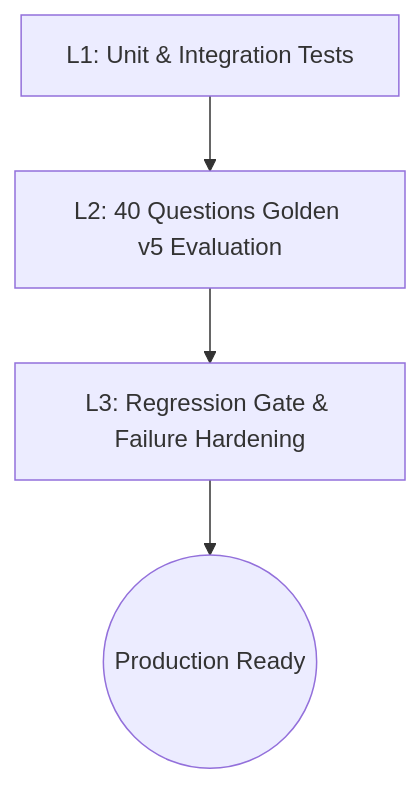
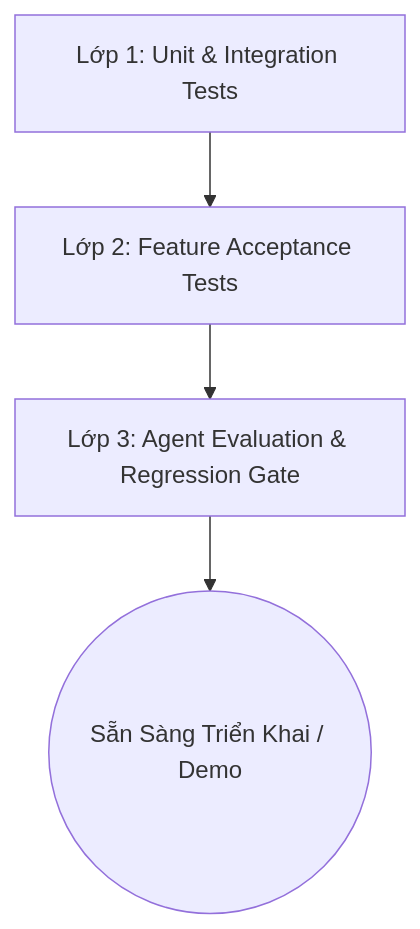
Before and after one commit to Anodis108/Agent_Stock: the diagram in llm-backend-ref-portfolio-watch/specs/test-plan.md, drawn with Mermaid. The commit also changed other lines of this file and 32 other files, not shown here.

````diff
--- a/llm-backend-ref-portfolio-watch/specs/test-plan.md
+++ b/llm-backend-ref-portfolio-watch/specs/test-plan.md
@@ -11,6 +11,6 @@
 ```mermaid
 graph TD
-    L1[L1: Unit & Integration Tests] --> L2[L2: 40 Questions Golden v5 Evaluation]
-    L2 --> L3[L3: Regression Gate & Failure Hardening]
-    L3 --> Pass((Production Ready))
+    L1[Lớp 1: Unit & Integration Tests] --> L2[Lớp 2: Feature Acceptance Tests]
+    L2 --> L3[Lớp 3: Agent Evaluation & Regression Gate]
+    L3 --> Ready((Sẵn Sàng Triển Khai / Demo))
 ```
````
